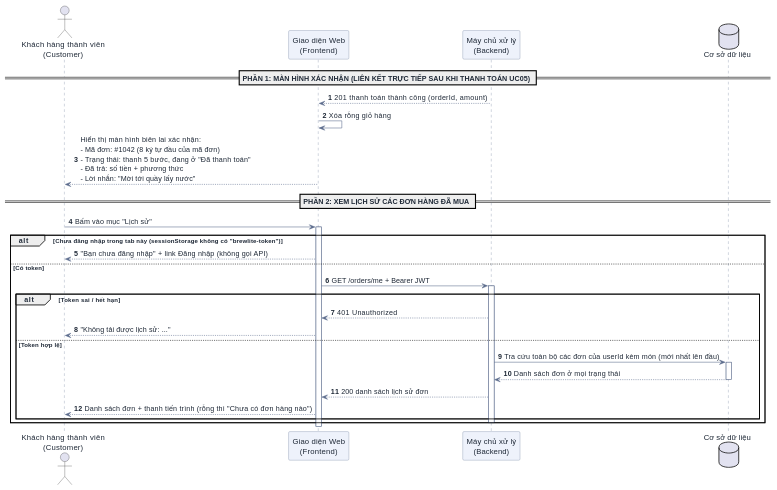
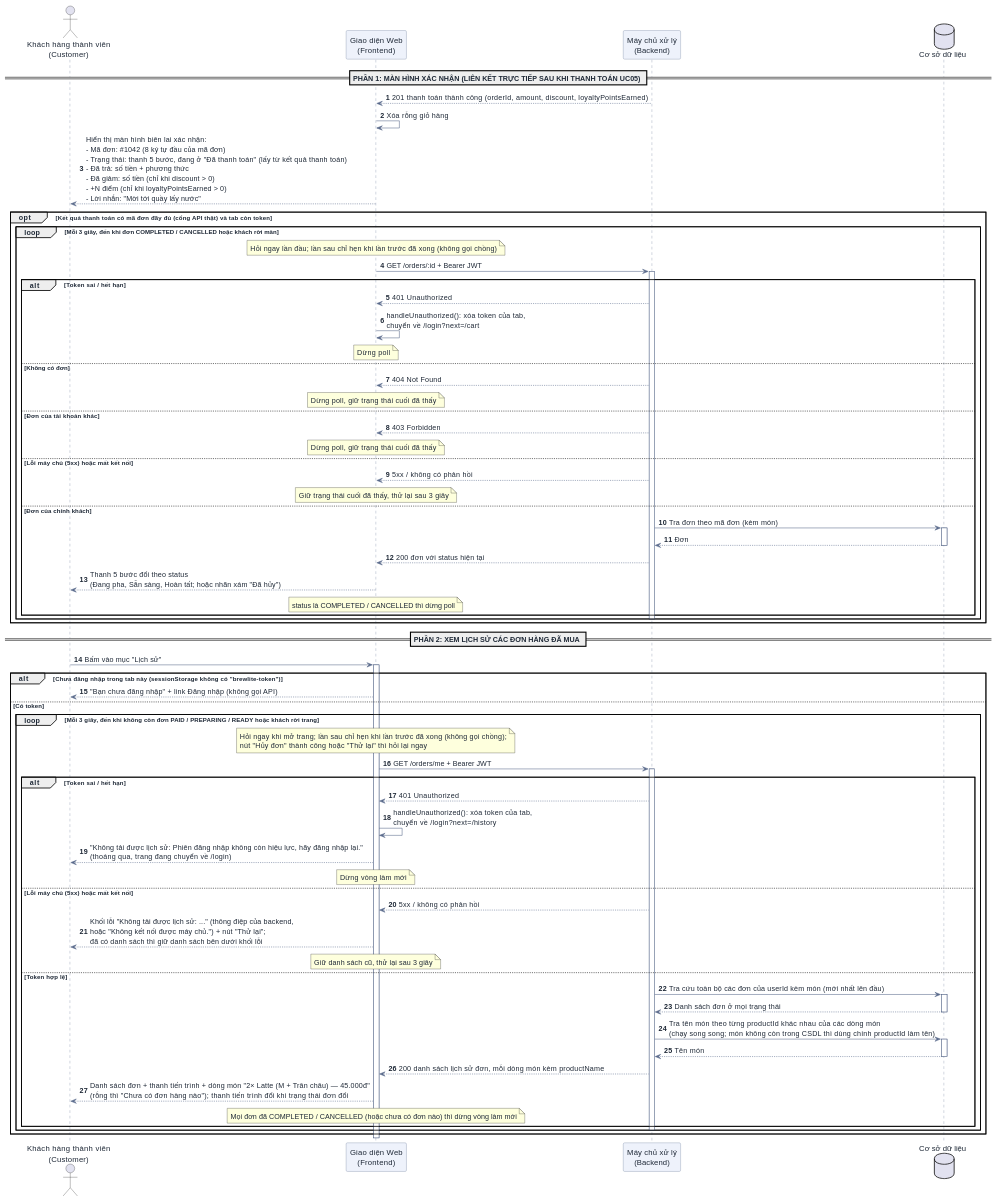
Before and after one commit to DuVinhLoi/BrewLite: the seventh of 9 diagrams in docs/user-sequence-specifications.md, drawn with PlantUML. The commit also changed other lines of this file and 62 other files, not shown here.

Commit message:
feat(frontend): trang thai async, gio hang chan 20 dong/99 ly, biel lai va lich su tu cap nhat, GET /orders/me tra productName

```diff
--- a/docs/user-sequence-specifications.md
+++ b/docs/user-sequence-specifications.md
@@ -675,9 +696,40 @@
 database "Cơ sở dữ liệu" as DB
 
 == PHẦN 1: MÀN HÌNH XÁC NHẬN (LIÊN KẾT TRỰC TIẾP SAU KHI THANH TOÁN UC05) ==
-BE --> FE : 201 thanh toán thành công (orderId, amount)
+BE --> FE : 201 thanh toán thành công (orderId, amount, discount, loyaltyPointsEarned)
 FE -> FE : Xóa rỗng giỏ hàng
-FE --> User : Hiển thị màn hình biên lai xác nhận:\n- Mã đơn: #1042 (8 ký tự đầu của mã đơn)\n- Trạng thái: thanh 5 bước, đang ở "Đã thanh toán"\n- Đã trả: số tiền + phương thức\n- Lời nhắn: "Mời tới quầy lấy nước"
+FE --> User : Hiển thị màn hình biên lai xác nhận:\n- Mã đơn: #1042 (8 ký tự đầu của mã đơn)\n- Trạng thái: thanh 5 bước, đang ở "Đã thanh toán" (lấy từ kết quả thanh toán)\n- Đã trả: số tiền + phương thức\n- Đã giảm: số tiền (chỉ khi discount > 0)\n- +N điểm (chỉ khi loyaltyPointsEarned > 0)\n- Lời nhắn: "Mời tới quầy lấy nước"
+
+opt Kết quả thanh toán có mã đơn đầy đủ (cổng API thật) và tab còn token
+    loop Mỗi 3 giây, đến khi đơn COMPLETED / CANCELLED hoặc khách rời màn
+        note over FE : Hỏi ngay lần đầu; lần sau chỉ hẹn khi lần trước đã xong (không gọi chồng)
+        FE -> BE : GET /orders/:id + Bearer JWT
+        activate BE
+        alt Token sai / hết hạn
+            BE --> FE : 401 Unauthorized
+            FE -> FE : handleUnauthorized(): xóa token của tab,\nchuyển về /login?next=/cart
+            note over FE : Dừng poll
+        else Không có đơn
+            BE --> FE : 404 Not Found
+            note over FE : Dừng poll, giữ trạng thái cuối đã thấy
+        else Đơn của tài khoản khác
+            BE --> FE : 403 Forbidden
+            note over FE : Dừng poll, giữ trạng thái cuối đã thấy
+        else Lỗi máy chủ (5xx) hoặc mất kết nối
+            BE --> FE : 5xx / không có phản hồi
+            note over FE : Giữ trạng thái cuối đã thấy, thử lại sau 3 giây
+        else Đơn của chính khách
+            BE -> DB : Tra đơn theo mã đơn (kèm món)
+            activate DB
+            DB --> BE : Đơn
+            deactivate DB
+            BE --> FE : 200 đơn với status hiện tại
+            FE --> User : Thanh 5 bước đổi theo status\n(Đang pha, Sẵn sàng, Hoàn tất; hoặc nhãn xám "Đã hủy")
+            note over FE : status là COMPLETED / CANCELLED thì dừng poll
+        end
+        deactivate BE
+    end
+end
 
 == PHẦN 2: XEM LỊCH SỬ CÁC ĐƠN HÀNG ĐÃ MUA ==
 User -> FE : Bấm vào mục "Lịch sử"
@@ -685,20 +737,34 @@
 alt Chưa đăng nhập trong tab này (sessionStorage không có "brewlite-token")
     FE --> User : "Bạn chưa đăng nhập" + link Đăng nhập (không gọi API)
 else Có token
-    FE -> BE : GET /orders/me + Bearer JWT
-    activate BE
-    alt Token sai / hết hạn
-        BE --> FE : 401 Unauthorized
-        FE --> User : "Không tải được lịch sử: ..."
-    else Token hợp lệ
-        BE -> DB : Tra cứu toàn bộ các đơn của userId kèm món (mới nhất lên đầu)
-        activate DB
-        DB --> BE : Danh sách đơn ở mọi trạng thái
-        deactivate DB
-        BE --> FE : 200 danh sách lịch sử đơn
-        FE --> User : Danh sách đơn + thanh tiến trình (rỗng thì "Chưa có đơn hàng nào")
+    loop Mỗi 3 giây, đến khi không còn đơn PAID / PREPARING / READY hoặc khách rời trang
+        note over FE : Hỏi ngay khi mở trang; lần sau chỉ hẹn khi lần trước đã xong (không gọi chồng);\nnút "Hủy đơn" thành công hoặc "Thử lại" thì hỏi lại ngay
+        FE -> BE : GET /orders/me + Bearer JWT
+        activate BE
+        alt Token sai / hết hạn
+            BE --> FE : 401 Unauthorized
+            FE -> FE : handleUnauthorized(): xóa token của tab,\nchuyển về /login?next=/history
+            FE --> User : "Không tải được lịch sử: Phiên đăng nhập không còn hiệu lực, hãy đăng nhập lại."\n(thoáng qua, trang đang chuyển về /login)
+            note over FE : Dừng vòng làm mới
+        else Lỗi máy chủ (5xx) hoặc mất kết nối
+            BE --> FE : 5xx / không có phản hồi
+            FE --> User : Khối lỗi "Không tải được lịch sử: ..." (thông điệp của backend,\nhoặc "Không kết nối được máy chủ.") + nút "Thử lại";\nđã có danh sách thì giữ danh sách bên dưới khối lỗi
+            note over FE : Giữ danh sách cũ, thử lại sau 3 giây
+        else Token hợp lệ
+            BE -> DB : Tra cứu toàn bộ các đơn của userId kèm món (mới nhất lên đầu)
+            activate DB
+            DB --> BE : Danh sách đơn ở mọi trạng thái
+            deactivate DB
+            BE -> DB : Tra tên món theo từng productId khác nhau của các dòng món\n(chạy song song; món không còn trong CSDL thì dùng chính productId làm tên)
+            activate DB
+            DB --> BE : Tên món
+            deactivate DB
+            BE --> FE : 200 danh sách lịch sử đơn, mỗi dòng món kèm productName
+            FE --> User : Danh sách đơn + thanh tiến trình + dòng món "2× Latte (M + Trân châu) — 45.000đ"\n(rỗng thì "Chưa có đơn hàng nào"); thanh tiến trình đổi khi trạng thái đơn đổi
+            note over FE : Mọi đơn đã COMPLETED / CANCELLED (hoặc chưa có đơn nào) thì dừng vòng làm mới
+        end
+        deactivate BE
     end
-    deactivate BE
 end
 deactivate FE
 @enduml
```
